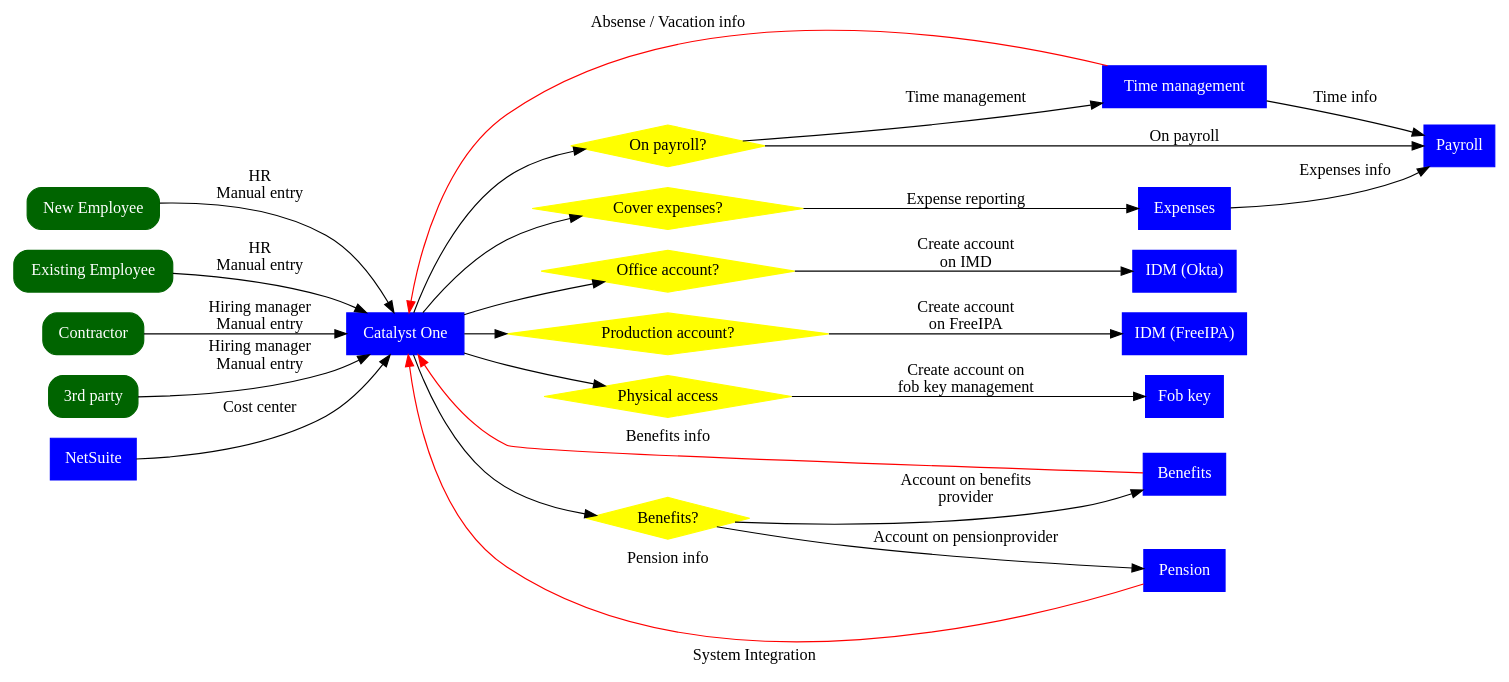
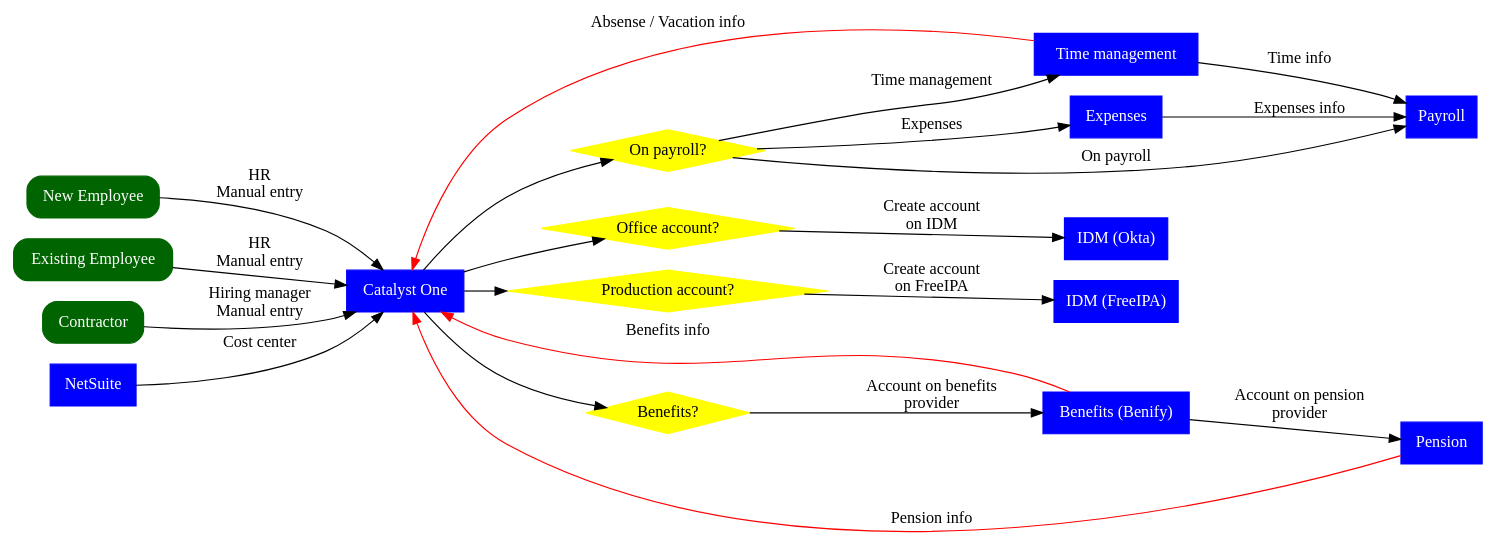
One commit to dstergiou/workflow changed the diagram in HR_system.dot. Above: the diagram before and after it, drawn with Graphviz.

Commit message:
Updated after meeting

```diff
--- a/HR_system.dot
+++ b/HR_system.dot
@@ -1,175 +1,140 @@
 digraph {
     fontname="Verdana";
-    label = "System Integration" 
+    // label = "System Integration" 
     node[fontname="Verdana", style=rounded]
     rankdir = LR
 
     newemployee [
             shape=box, 
             style="rounded,filled", 
             color=darkgreen, 
             fontcolor=white,
             label="New Employee"];
         
         employee [
             shape=box, 
             style="rounded,filled", 
             color=darkgreen, 
             fontcolor=white,
             label="Existing Employee"];
 
         contractor [
             shape=box, 
             style="rounded,filled", 
             color=darkgreen, 
             fontcolor=white,
             label="Contractor"];
 
-        thirdparty [
-            shape=box, 
-            style="rounded,filled", 
-            color=darkgreen, 
-            fontcolor=white,
-            label="3rd party"];
 
         catalystone[
             shape=box, 
             style=filled,
             color=blue,
             fontcolor=white,
             label="Catalyst One"];
 
         payroll[
             shape=box, 
             style=filled,
             color=blue,
             fontcolor=white,
             label="Payroll"];
 
         timemanagement[
             shape=box, 
             style=filled,
             color=blue,
             fontcolor=white,
             label="Time management"];
 
         expenses[
             shape=box, 
             style=filled,
             color=blue,
             fontcolor=white,
             label="Expenses"];
         
         okta[
             shape=box, 
             style=filled,
             color=blue,
             fontcolor=white,
             label="IDM (Okta)"];
 
         freeipa[
             shape=box, 
             style=filled,
             color=blue,
             fontcolor=white,
             label="IDM (FreeIPA)"];
 
-        physical[
-            shape=box, 
-            style=filled,
-            color=blue,
-            fontcolor=white,
-            label="Fob key"];
-
         benefits[
             shape=box, 
             style=filled,
             color=blue,
             fontcolor=white,
-            label="Benefits"];
+            label="Benefits (Benify)"];
 
         pension[
             shape=box, 
             style=filled,
             color=blue,
             fontcolor=white,
             label="Pension"];
 
         erp[
             shape=box, 
             style=filled,
             color=blue,
             fontcolor=white,
             label="NetSuite"];
 
         need_payroll[
             shape=diamond,
             style = filled,
             color=yellow, 
             label="On payroll?"];
-        
-        need_expense[
-            shape=diamond,
-            style = filled,
-            color=yellow, 
-            label="Cover expenses?"];
 
         need_office[
             shape=diamond,
             style = filled,
             color=yellow, 
             label="Office account?"];
 
         need_production[
             shape=diamond,
             style = filled,
             color=yellow, 
             label="Production account?"];
 
-        need_physical[
-            shape=diamond,
-            style = filled,
-            color=yellow, 
-            label="Physical access"];
-
         need_benefits[
             shape=diamond,
             style = filled,
             color=yellow, 
             label="Benefits?"];
 
     newemployee -> catalystone [ label = "HR\nManual entry"]
     contractor -> catalystone [ label = "Hiring manager\nManual entry" ]
-    thirdparty -> catalystone [ label = "Hiring manager\nManual entry" ]
     employee -> catalystone [ label = "HR\nManual entry"]
     
     erp -> catalystone [ label = "Cost center" ]
     
     catalystone -> need_payroll
-    catalystone -> need_expense
     catalystone -> need_office
     catalystone -> need_production
-    catalystone -> need_physical
     catalystone -> need_benefits
     
     need_payroll -> payroll [ label = "On payroll" ]
     need_payroll -> timemanagement [ label = "Time management" ]
-    need_expense -> expenses [ label = "Expense reporting"]
-    need_office -> okta [ label = "Create account\n on IMD"]
+    need_payroll -> expenses [ label = "Expenses"]
+    need_office -> okta [ label = "Create account\n on IDM"]
     need_production -> freeipa [ label = "Create account\n on FreeIPA"]
-    need_physical -> physical [ label = "Create account on\n fob key management"]
     need_benefits -> benefits [ label = "Account on benefits\nprovider" ]
-    need_benefits -> pension [ label = "Account on pension\provider" ]
+    benefits -> pension [ label = "Account on pension\nprovider" ]
 
-
-    // payroll -> catalystone [ label = "Salary info", color = "red" ]
-    // expenses -> catalystone [ label = "Expense info", color = "red"  ]
     expenses -> payroll [ label = "Expenses info" ]
     timemanagement -> catalystone [ label = "Absense / Vacation info", color = "red" ]
     timemanagement -> payroll [ label = "Time info" ]
     benefits -> catalystone [ label = "Benefits info", color = "red" ]
     pension -> catalystone [ label = "Pension info", color = "red"  ]
-
-
-
 }
```
